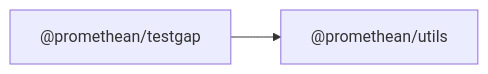
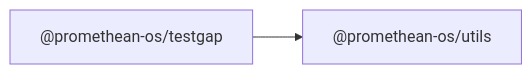
The diagram in docs/packages/testgap/README.md (octave-commons/promethean), drawn with Mermaid before and after one commit. The commit also changed other lines of this file and 1753 other files, not shown here.

````diff
--- a/docs/packages/testgap/README.md
+++ b/docs/packages/testgap/README.md
@@ -14,7 +14,7 @@
 ```mermaid
 graph LR
-  A["@promethean/testgap"]
-  D1["@promethean/utils"]
-  A --> D1["@promethean/utils"]
-  click D1 "../utils/README.md" "@promethean/utils"
+  A["@promethean-os/testgap"]
+  D1["@promethean-os/utils"]
+  A --> D1["@promethean-os/utils"]
+  click D1 "../utils/README.md" "@promethean-os/utils"
 ```
````
